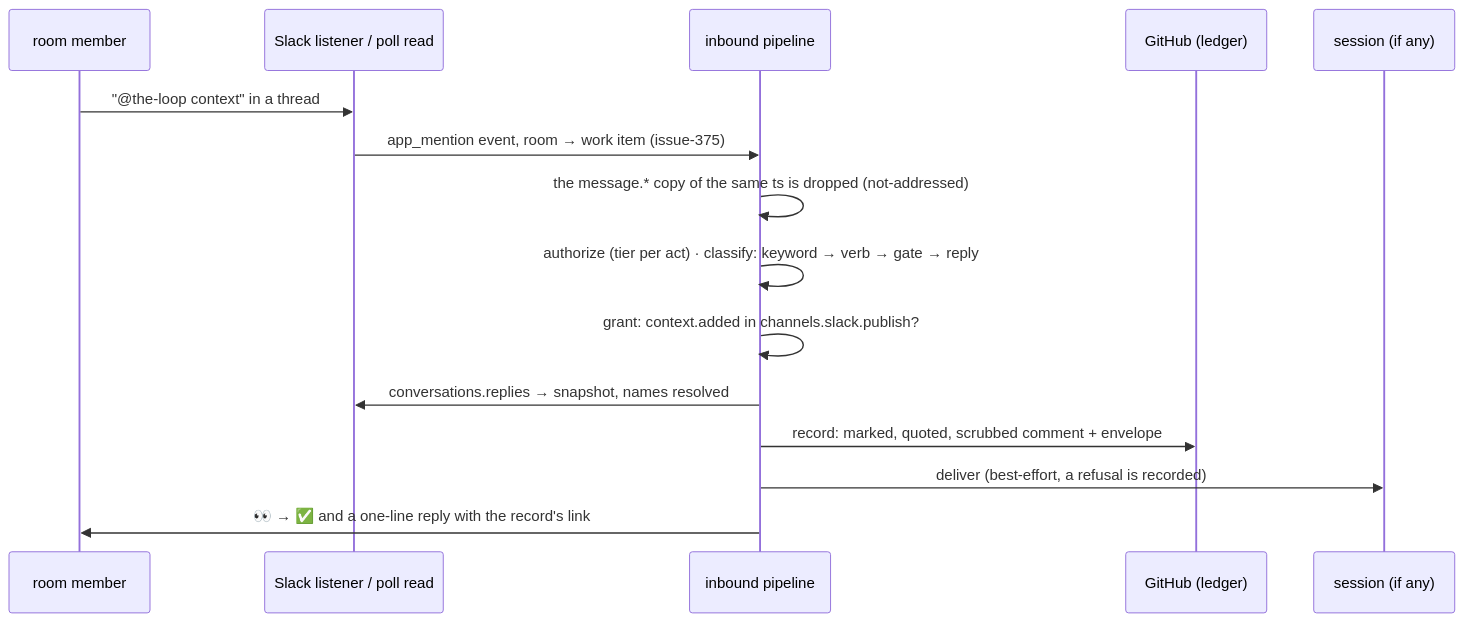
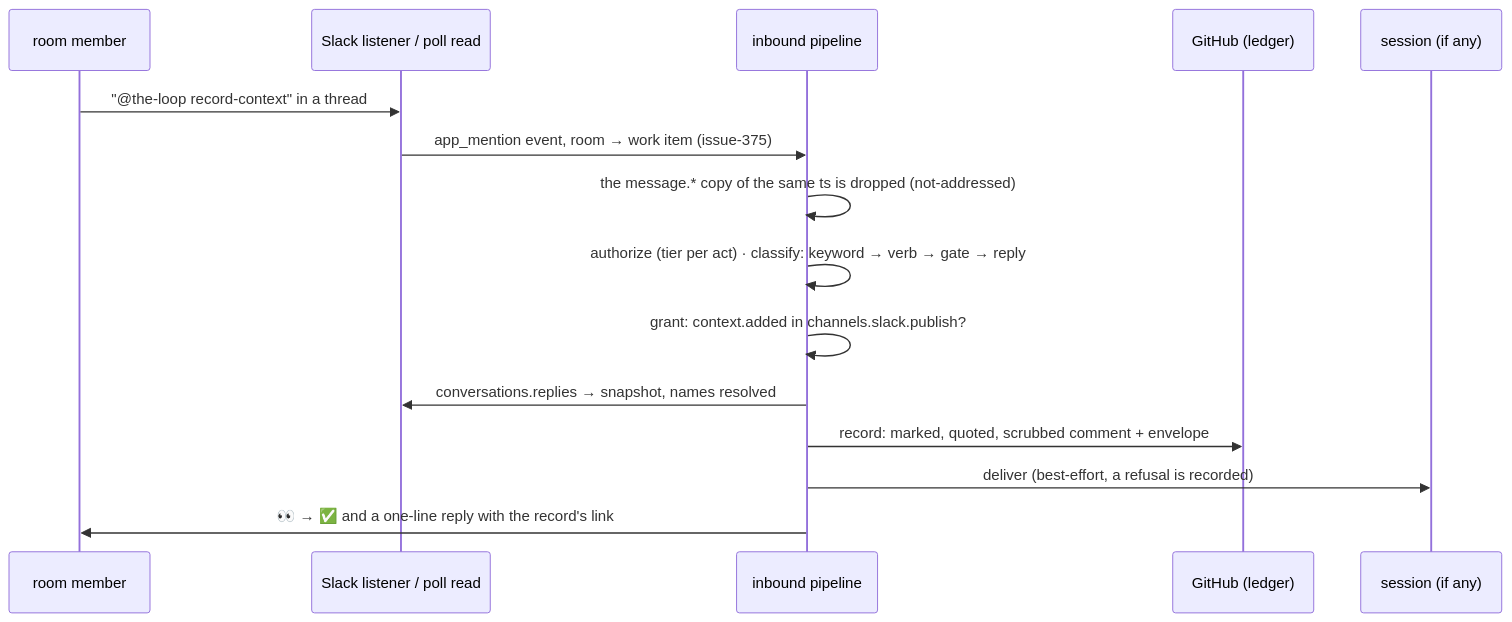
The diagram in docs/specs/issue-389/brainstorm.md (MadaraUchiha-314/the-loop), drawn with Mermaid before and after one commit. The commit also changed other lines of this file, not shown here.

````diff
--- a/docs/specs/issue-389/brainstorm.md
+++ b/docs/specs/issue-389/brainstorm.md
@@ -257,17 +275,17 @@
 ```mermaid
 sequenceDiagram
   participant M as room member
   participant L as Slack listener / poll read
   participant P as inbound pipeline
   participant G as GitHub (ledger)
   participant S as session (if any)
-  M->>L: "@the-loop context" in a thread
+  M->>L: "@the-loop record-context" in a thread
   L->>P: app_mention event, room → work item (issue-375)
   P->>P: the message.* copy of the same ts is dropped (not-addressed)
   P->>P: authorize (tier per act) · classify: keyword → verb → gate → reply
   P->>P: grant: context.added in channels.slack.publish?
   P->>L: conversations.replies → snapshot, names resolved
   P->>G: record: marked, quoted, scrubbed comment + envelope
   P->>S: deliver (best-effort, a refusal is recorded)
   P->>M: 👀 → ✅ and a one-line reply with the record's link
 ```
````
